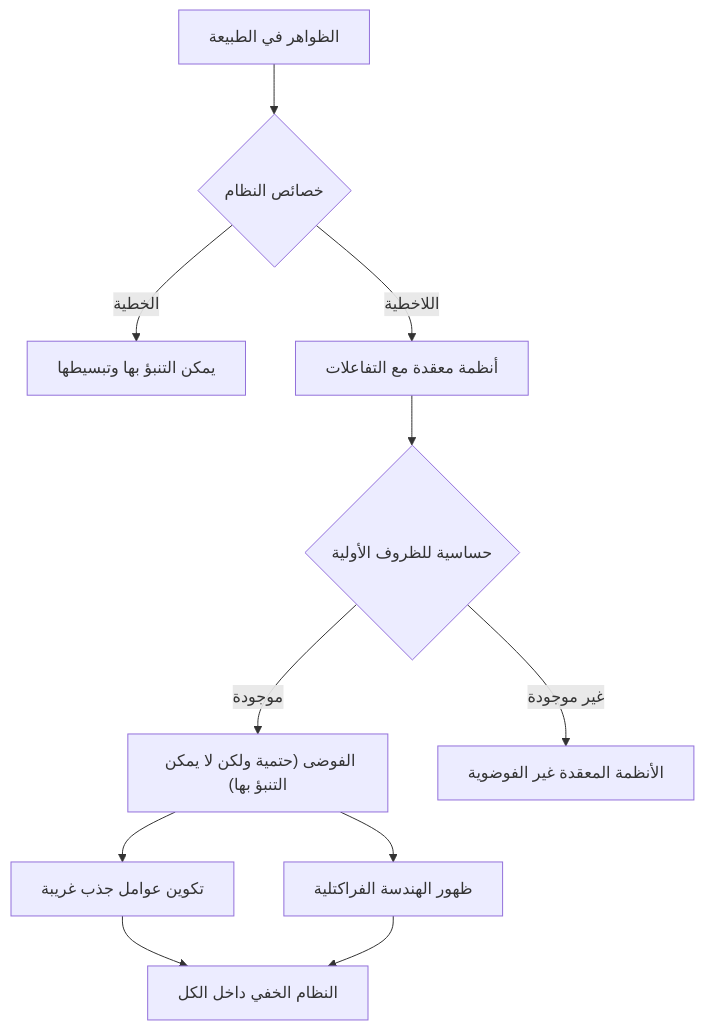
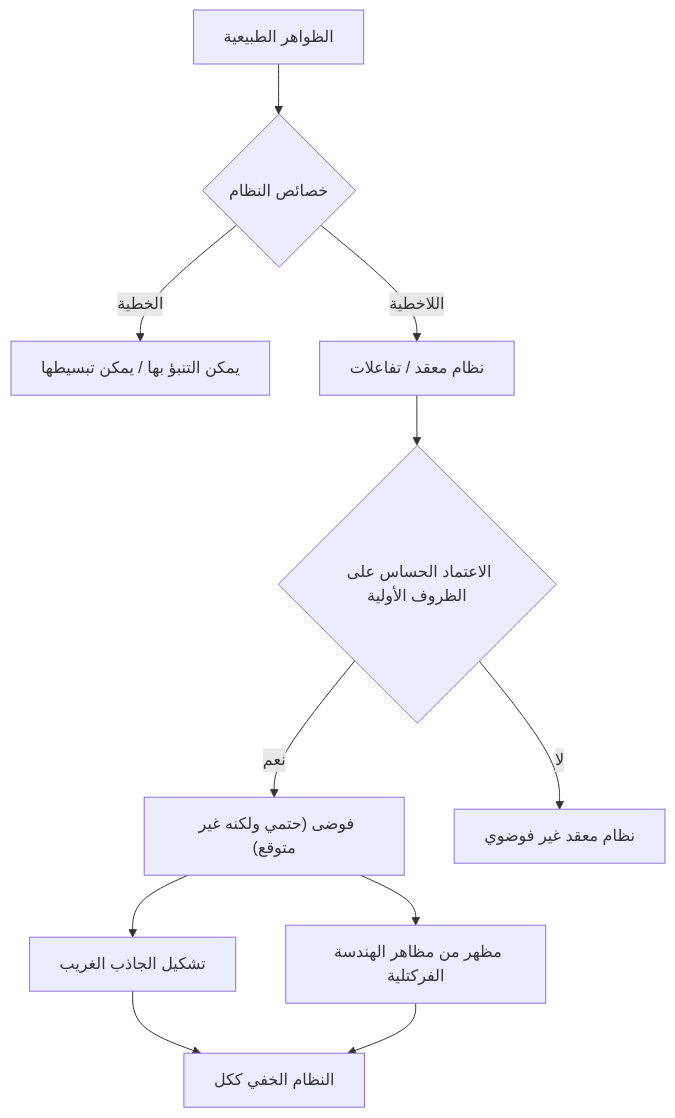
The second of 2 diagrams in content/post/chaos-theory/index.ar.md (kenjinote/blog), drawn with Mermaid before and after one commit. The commit also changed other lines of this file and 97 other files, not shown here.

````diff
--- a/content/post/chaos-theory/index.ar.md
+++ b/content/post/chaos-theory/index.ar.md
@@ -201,13 +201,13 @@
 ```mermaid
 graph TD
-    A["الظواهر في الطبيعة"] --> B{"خصائص النظام"}
-    B -->|"الخطية"| C["يمكن التنبؤ بها وتبسيطها"]
-    B -->|"اللاخطية"| D["أنظمة معقدة مع التفاعلات"]
-    D --> E{"حساسية للظروف الأولية"}
-    E -->|"موجودة"| F["الفوضى (حتمية ولكن لا يمكن التنبؤ بها)"]
-    E -->|"غير موجودة"| G["الأنظمة المعقدة غير الفوضوية"]
-    F --> H["تكوين عوامل جذب غريبة"]
-    F --> I["ظهور الهندسة الفراكتلية"]
-    H --> J["النظام الخفي داخل الكل"]
+    A["الظواهر الطبيعية"] --> B{"خصائص النظام"}
+    B -->|"الخطية"| C["يمكن التنبؤ بها / يمكن تبسيطها"]
+    B -->|"اللاخطية"| D["نظام معقد / تفاعلات"]
+    D --> E{"الاعتماد الحساس على الظروف الأولية"}
+    E -->|"نعم"| F["فوضى (حتمي ولكنه غير متوقع)"]
+    E -->|"لا"| G["نظام معقد غير فوضوي"]
+    F --> H["تشكيل الجاذب الغريب"]
+    F --> I["مظهر من مظاهر الهندسة الفركتلية"]
+    H --> J["النظام الخفي ككل"]
     I --> J
 ```
````
